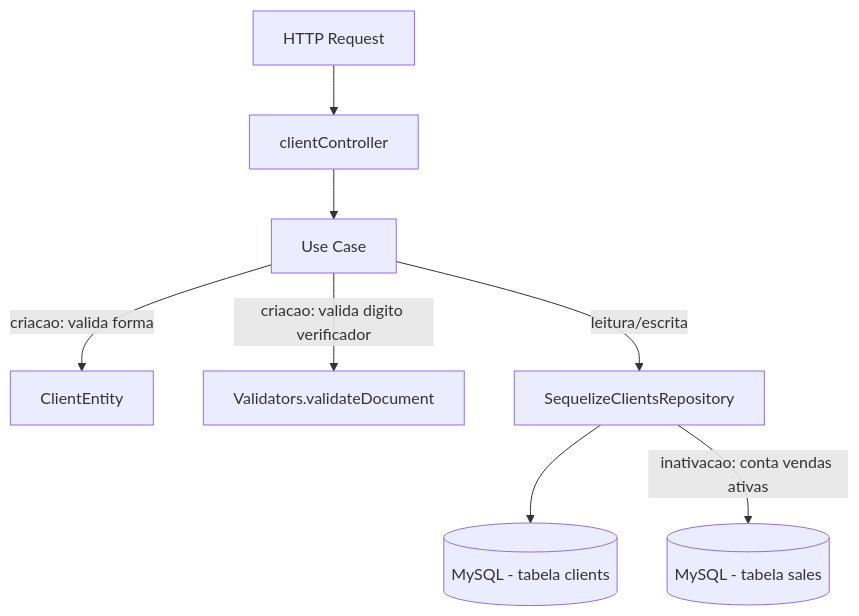
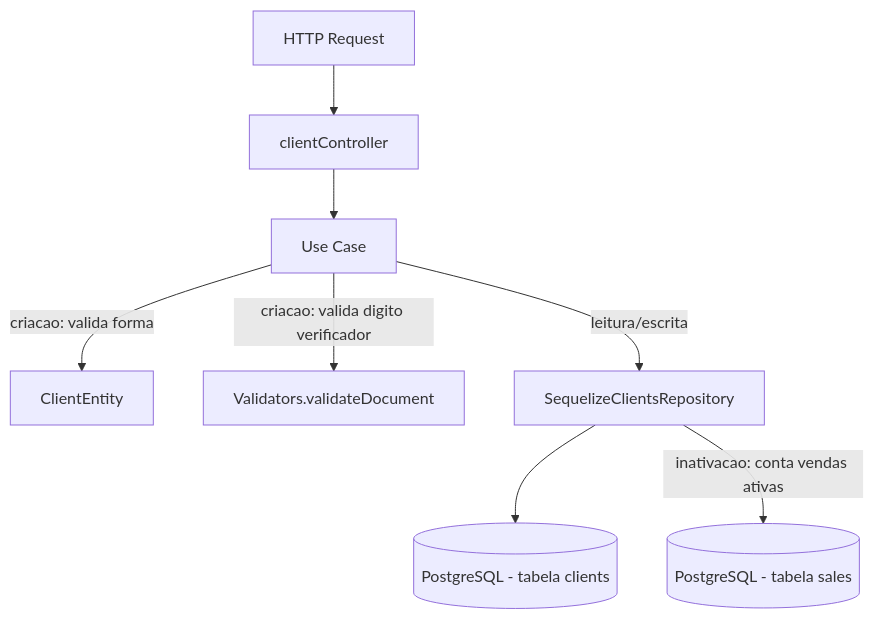
Before and after one commit to RomulosouzaEvok/ERP-EVOK-AUDIO-LTDA: the diagram in server/src/modules/clients/README.md, drawn with Mermaid. The commit also changed other lines of this file and 452 other files, not shown here.

Commit message:
chore: consolidate TypeScript backend and Blackbox roadmap

````diff
--- a/server/src/modules/clients/README.md
+++ b/server/src/modules/clients/README.md
@@ -175,10 +175,10 @@
 ```mermaid
 flowchart TD
   A[HTTP Request] --> B[clientController]
   B --> C[Use Case]
   C -->|criacao: valida forma| D[ClientEntity]
   C -->|criacao: valida digito verificador| E[Validators.validateDocument]
   C -->|leitura/escrita| F[SequelizeClientsRepository]
-  F --> G[(MySQL - tabela clients)]
-  F -->|inativacao: conta vendas ativas| H[(MySQL - tabela sales)]
+  F --> G[(PostgreSQL - tabela clients)]
+  F -->|inativacao: conta vendas ativas| H[(PostgreSQL - tabela sales)]
 ```
````
